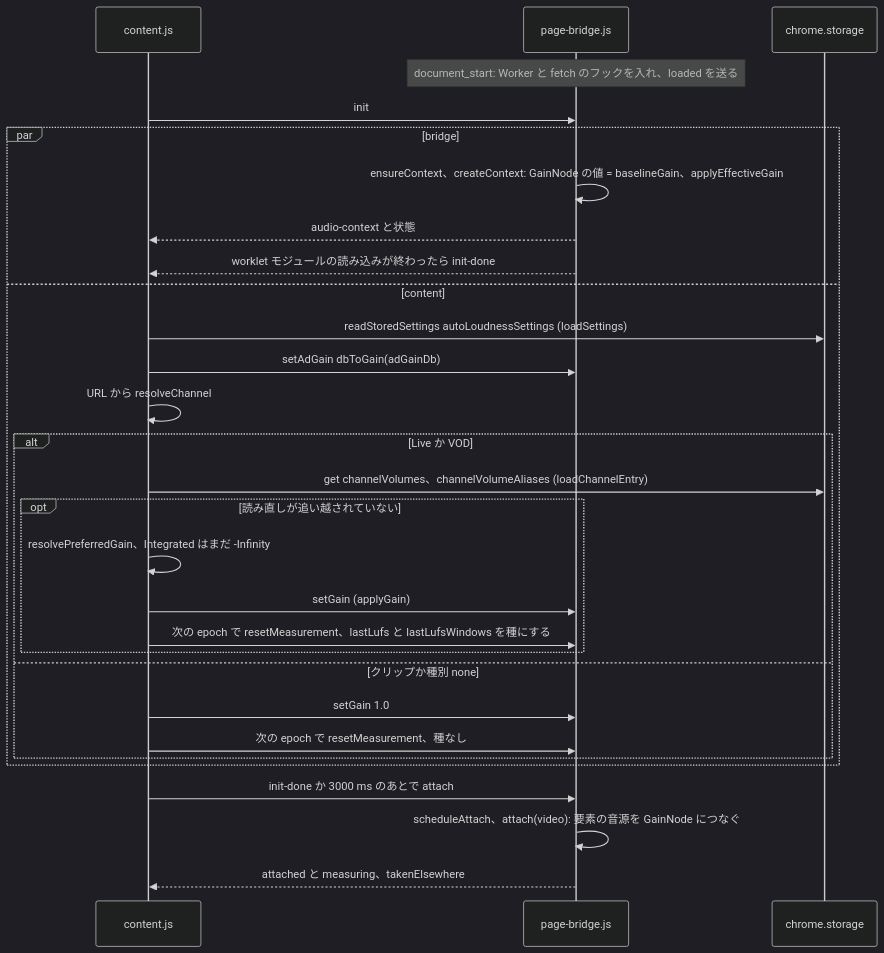
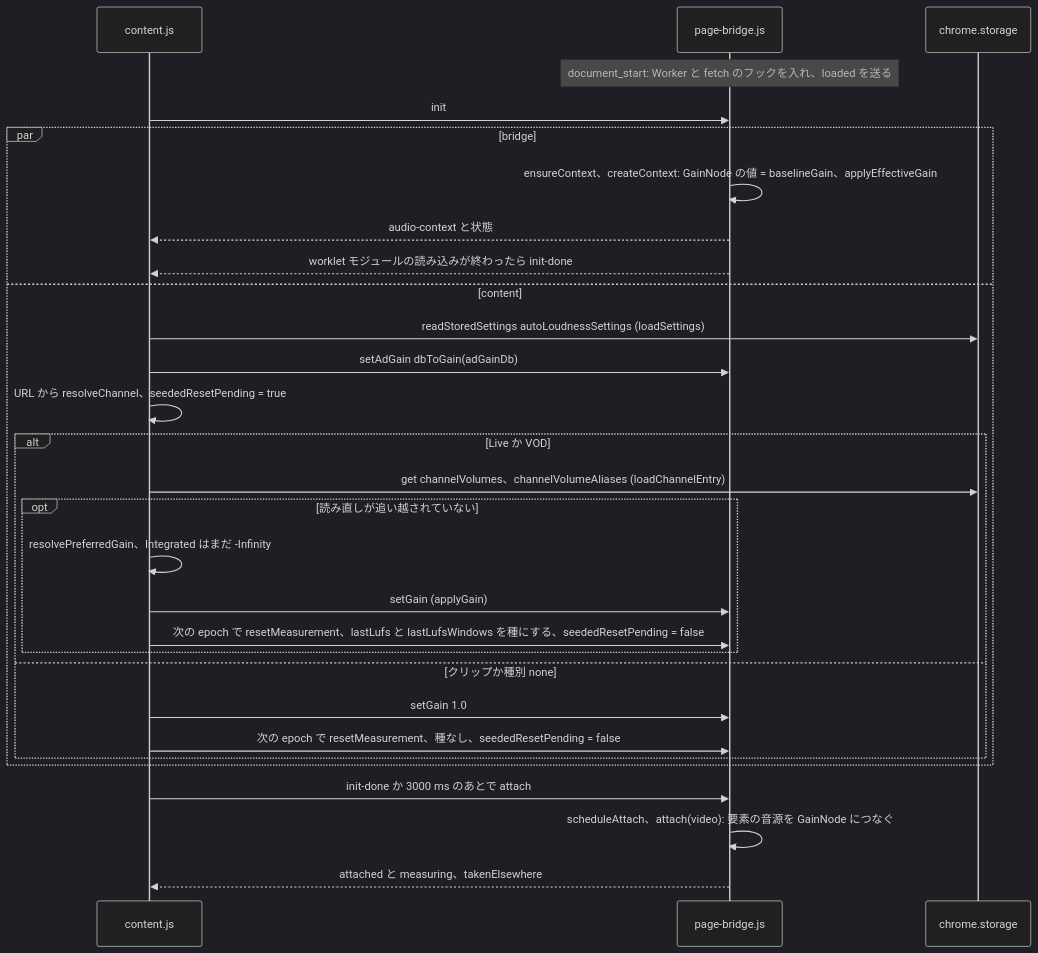
One commit to semnil/twitch-channel-volume changed the fourth of 17 diagrams in docs/gain-change-and-save.ja.md. Above: the diagram before and after it, drawn with Mermaid (dark theme). The commit also changed other lines of this file and 4 other files, not shown here.

First line of the commit message:
fix: send the seeded measurement reset from whichever read of the row wins

````diff
--- a/docs/gain-change-and-save.ja.md
+++ b/docs/gain-change-and-save.ja.md
@@ -177,31 +179,31 @@
 ```mermaid
 sequenceDiagram
   participant content as content.js
   participant bridge as page-bridge.js
   participant storage as chrome.storage
   Note over bridge: document_start: Worker と fetch のフックを入れ、loaded を送る
   content->>bridge: init
   par bridge
     bridge->>bridge: ensureContext、createContext: GainNode の値 = baselineGain、applyEffectiveGain
     bridge-->>content: audio-context と状態
     bridge-->>content: worklet モジュールの読み込みが終わったら init-done
   and content
     content->>storage: readStoredSettings autoLoudnessSettings (loadSettings)
     content->>bridge: setAdGain dbToGain(adGainDb)
-    content->>content: URL から resolveChannel
+    content->>content: URL から resolveChannel、seededResetPending = true
     alt Live か VOD
       content->>storage: get channelVolumes、channelVolumeAliases (loadChannelEntry)
       opt 読み直しが追い越されていない
         content->>content: resolvePreferredGain、Integrated はまだ -Infinity
         content->>bridge: setGain (applyGain)
-        content->>bridge: 次の epoch で resetMeasurement、lastLufs と lastLufsWindows を種にする
+        content->>bridge: 次の epoch で resetMeasurement、lastLufs と lastLufsWindows を種にする、seededResetPending = false
       end
     else クリップか種別 none
       content->>bridge: setGain 1.0
-      content->>bridge: 次の epoch で resetMeasurement、種なし
+      content->>bridge: 次の epoch で resetMeasurement、種なし、seededResetPending = false
     end
   end
   content->>bridge: init-done か 3000 ms のあとで attach
   bridge->>bridge: scheduleAttach、attach(video): 要素の音源を GainNode につなぐ
   bridge-->>content: attached と measuring、takenElsewhere
 ```
````
